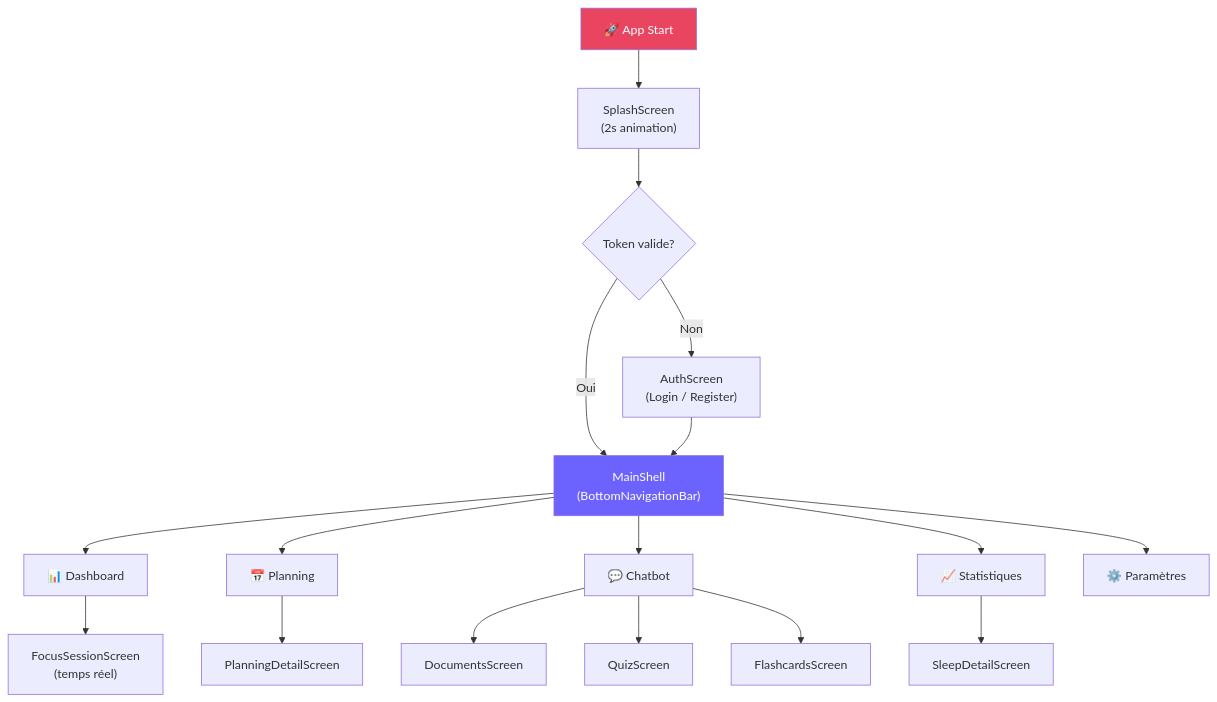
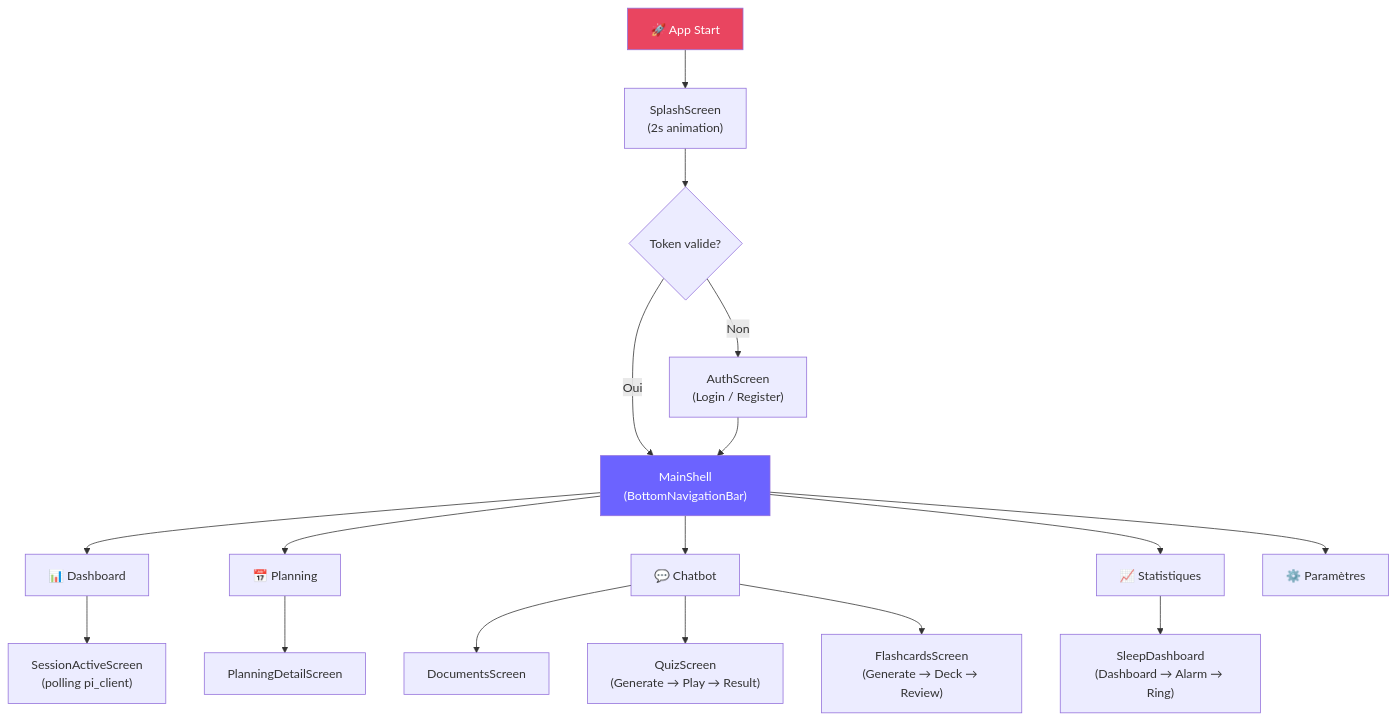
The diagram in docs/Conception_Wireframes_Flutter.md (Jkacem/smart_focus), drawn with Mermaid before and after one commit. The commit also changed other lines of this file and 93 other files, not shown here.

````diff
--- a/docs/Conception_Wireframes_Flutter.md
+++ b/docs/Conception_Wireframes_Flutter.md
@@ -329,26 +331,26 @@
 ```mermaid
 graph TD
     ROOT["🚀 App Start"]
     ROOT --> SPLASH["SplashScreen\n(2s animation)"]
     SPLASH --> AUTH_CHECK{"Token valide?"}
 
     AUTH_CHECK -->|"Oui"| MAIN["MainShell\n(BottomNavigationBar)"]
     AUTH_CHECK -->|"Non"| AUTH["AuthScreen\n(Login / Register)"]
     AUTH --> MAIN
 
     MAIN --> D["📊 Dashboard"]
     MAIN --> P["📅 Planning"]
     MAIN --> C["💬 Chatbot"]
     MAIN --> S["📈 Statistiques"]
     MAIN --> SET["⚙️ Paramètres"]
 
-    D --> FS["FocusSessionScreen\n(temps réel)"]
+    D --> FS["SessionActiveScreen\n(polling pi_client)"]
     P --> PS["PlanningDetailScreen"]
     C --> DOC["DocumentsScreen"]
-    C --> QUIZ["QuizScreen"]
-    C --> FC["FlashcardsScreen"]
-    S --> SLEEP["SleepDetailScreen"]
+    C --> QUIZ["QuizScreen\n(Generate → Play → Result)"]
+    C --> FC["FlashcardsScreen\n(Generate → Deck → Review)"]
+    S --> SLEEP["SleepDashboard\n(Dashboard → Alarm → Ring)"]
 
     style ROOT fill:#e94560,color:#fff
     style MAIN fill:#6C63FF,color:#fff
 ```
````
